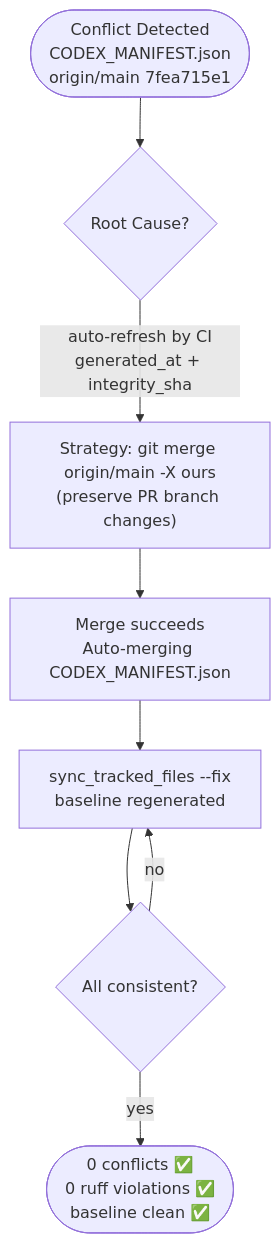
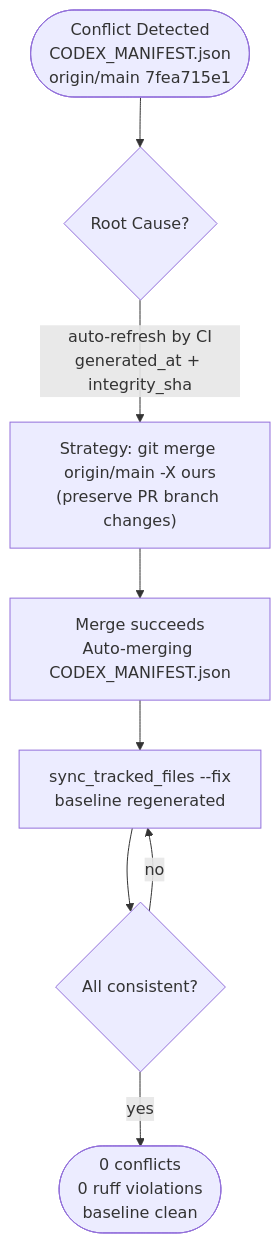
Before and after one commit to Aries-Serpent/_codex_: diagram 11 of 11 in docs/roadmap/PR4289_whats_next.md, drawn with Mermaid. The commit also changed other lines of this file and 2029 other files, not shown here.

````diff
--- a/docs/roadmap/PR4289_whats_next.md
+++ b/docs/roadmap/PR4289_whats_next.md
@@ -440,13 +442,13 @@
 ```mermaid
 %%{init: {'accessibility': {'title': 'Flowchart showing Conflict Detected\nCODEX_MANIFEST.json\norigin/main 7fea715e1, "Strategy: git merge origin/main -X ours\n(preserve PR branch changes)"'}}%%
 flowchart TD
     CONFLICT([Conflict Detected\nCODEX_MANIFEST.json\norigin/main 7fea715e1]) --> ANALYZE
     ANALYZE{Root Cause?}
     ANALYZE --> |"auto-refresh by CI\ngenerated_at + integrity_sha"| STRATEGY
     STRATEGY["Strategy: git merge origin/main -X ours\n(preserve PR branch changes)"]
     STRATEGY --> MERGE[Merge succeeds\nAuto-merging CODEX_MANIFEST.json]
     MERGE --> SYNC[sync_tracked_files --fix\nbaseline regenerated]
     SYNC --> VERIFY{All consistent?}
-    VERIFY --> |yes| CLEAN([0 conflicts ✅\n0 ruff violations ✅\nbaseline clean ✅])
+    VERIFY --> |yes| CLEAN([0 conflicts \n0 ruff violations \nbaseline clean ])
     VERIFY --> |no| SYNC
 ```
````
